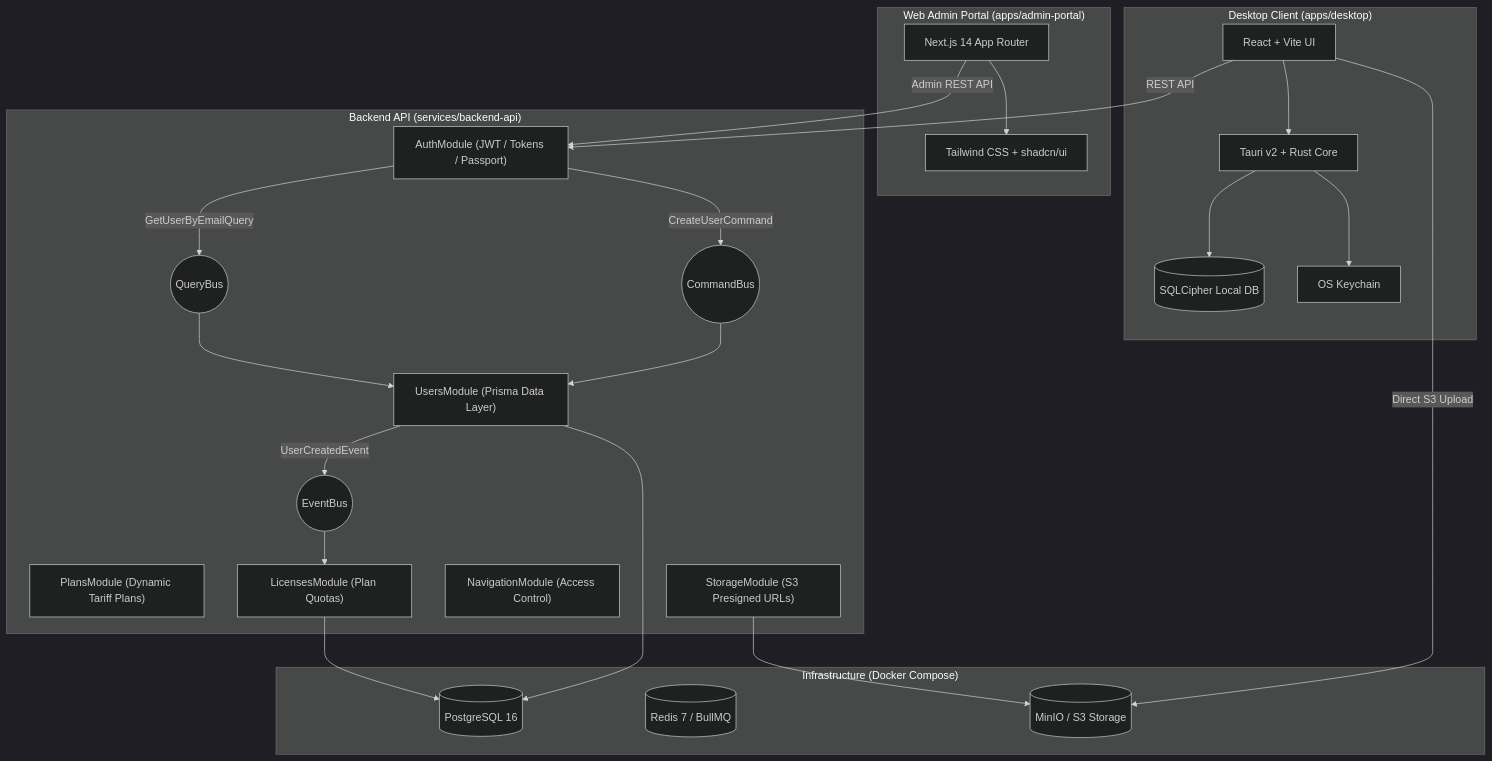
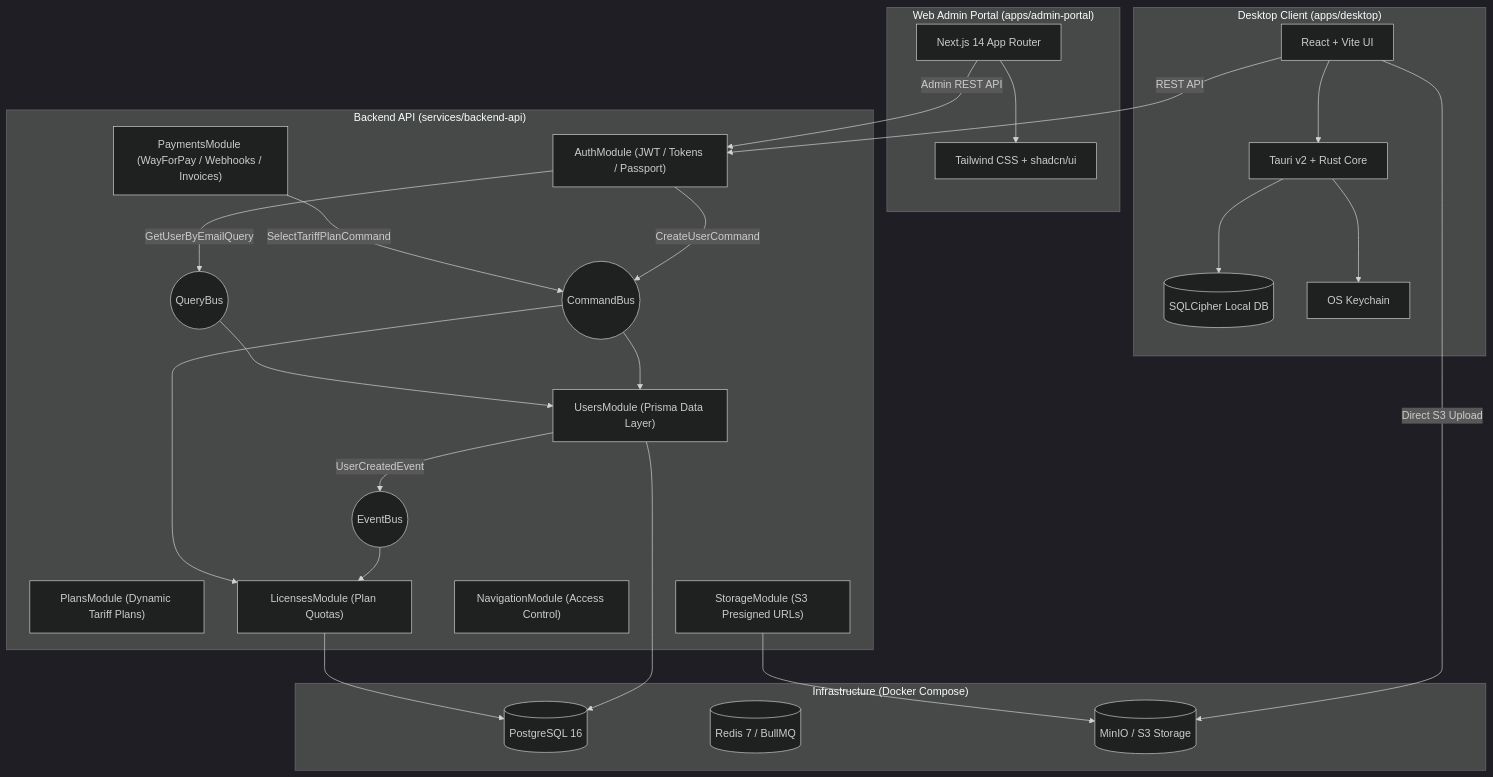
Before and after one commit to OlegFutornoi/SmartFeedStudio: the diagram in README.md, drawn with Mermaid (dark theme). The commit also changed other lines of this file and 80 other files, not shown here.

Commit message:
feat: implement WayForPay payment gateway integration, subscription checkout flow, and transaction management system

````diff
--- a/README.md
+++ b/README.md
@@ -26,47 +26,49 @@
 ```mermaid
 graph TD
   subgraph "Desktop Client (apps/desktop)"
     Tauri[Tauri v2 + Rust Core]
     SQLite[(SQLCipher Local DB)]
     Keychain[OS Keychain]
     ReactDesktop[React + Vite UI]
     Tauri --> SQLite
     Tauri --> Keychain
     ReactDesktop --> Tauri
   end
 
   subgraph "Web Admin Portal (apps/admin-portal)"
     NextApp[Next.js 14 App Router]
     TailwindUI[Tailwind CSS + shadcn/ui]
     NextApp --> TailwindUI
   end
 
   subgraph "Backend API (services/backend-api)"
     AuthMod["AuthModule (JWT / Tokens / Passport)"]
     UsersMod["UsersModule (Prisma Data Layer)"]
     PlansMod["PlansModule (Dynamic Tariff Plans)"]
     LicMod["LicensesModule (Plan Quotas)"]
+    PaymentsMod["PaymentsModule (WayForPay / Webhooks / Invoices)"]
     NavMod["NavigationModule (Access Control)"]
     StorageMod["StorageModule (S3 Presigned URLs)"]
     CommandBus((CommandBus))
     QueryBus((QueryBus))
     EventBus((EventBus))
 
     AuthMod -- "CreateUserCommand" --> CommandBus --> UsersMod
     AuthMod -- "GetUserByEmailQuery" --> QueryBus --> UsersMod
     UsersMod -- "UserCreatedEvent" --> EventBus --> LicMod
+    PaymentsMod -- "SelectTariffPlanCommand" --> CommandBus --> LicMod
   end
 
   subgraph "Infrastructure (Docker Compose)"
     PG[(PostgreSQL 16)]
     Redis[(Redis 7 / BullMQ)]
     MinIO[(MinIO / S3 Storage)]
   end
 
   ReactDesktop -- "Direct S3 Upload" --> MinIO
   ReactDesktop -- "REST API" --> AuthMod
   NextApp -- "Admin REST API" --> AuthMod
   UsersMod --> PG
   LicMod --> PG
   StorageMod --> MinIO
 ```
````
